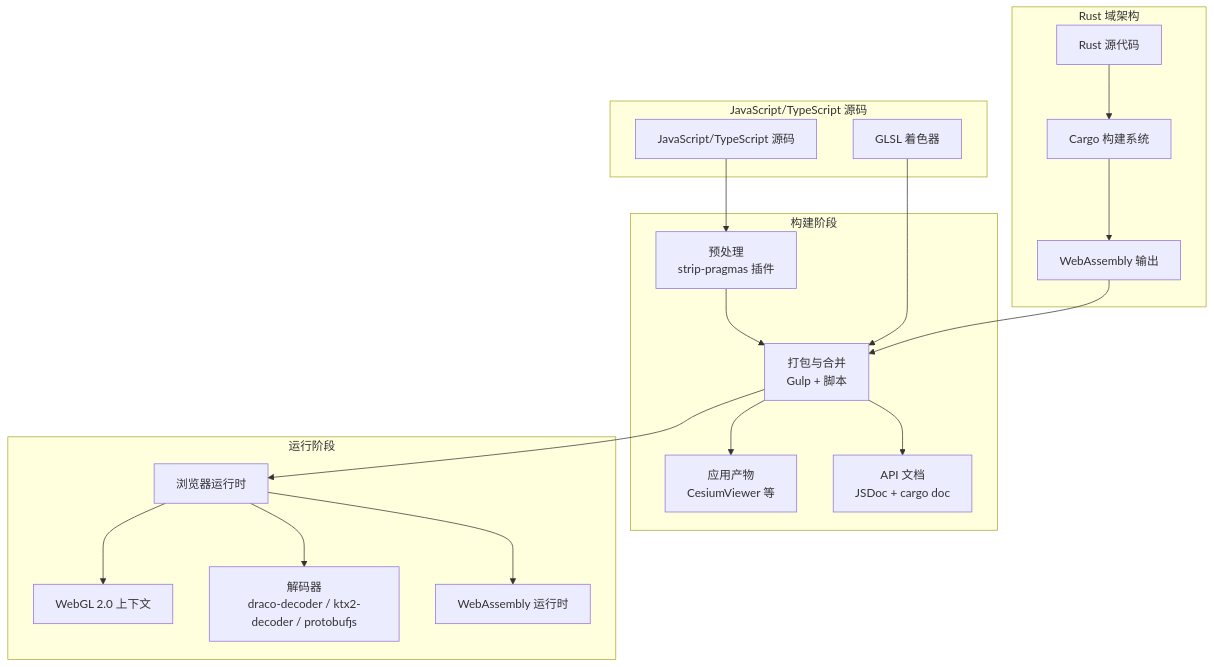
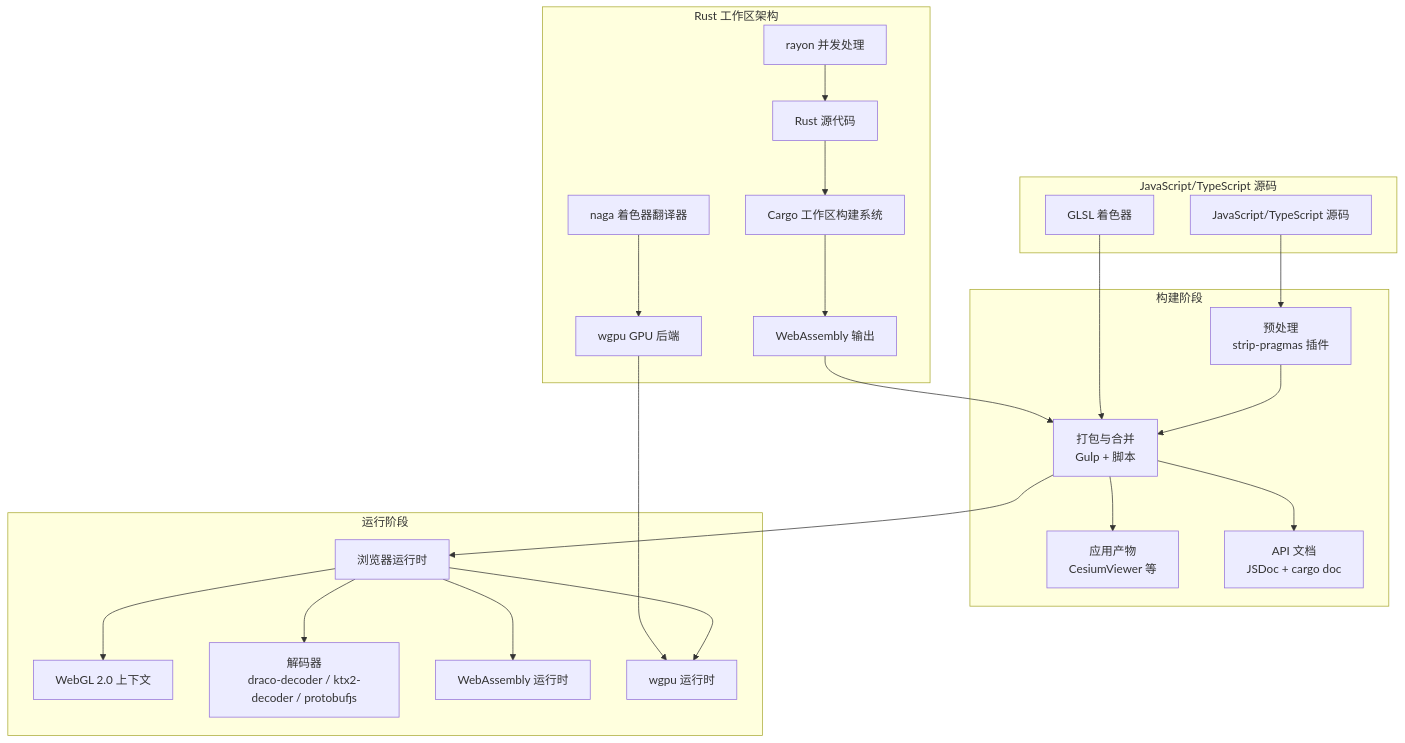
One commit to rzhangjing/cesium changed the third of 10 diagrams in .qoder/repowiki/zh/content/项目概述/技术栈.md. Above: the diagram before and after it, drawn with Mermaid. The commit also changed other lines of this file and 1321 other files, not shown here.

````diff
--- a/.qoder/repowiki/zh/content/项目概述/技术栈.md
+++ b/.qoder/repowiki/zh/content/项目概述/技术栈.md
@@ -280,33 +280,41 @@
 ```mermaid
 graph TB
 subgraph "JavaScript/TypeScript 源码"
 SJS["JavaScript/TypeScript 源码"]
 SHADER["GLSL 着色器"]
 end
-subgraph "Rust 域架构"
+subgraph "Rust 工作区架构"
 RSRC["Rust 源代码"]
-CARGO["Cargo 构建系统"]
+CARGO["Cargo 工作区构建系统"]
 WASM["WebAssembly 输出"]
+WGPU_BACKEND["wgpu GPU 后端"]
+NAGA_TRANSLATOR["naga 着色器翻译器"]
+RAYON_PARALLEL["rayon 并发处理"]
 end
 subgraph "构建阶段"
 PRE["预处理<br/>strip-pragmas 插件"]
 BUILD["打包与合并<br/>Gulp + 脚本"]
 APPS["应用产物<br/>CesiumViewer 等"]
 DOCS["API 文档<br/>JSDoc + cargo doc"]
 end
 subgraph "运行阶段"
 RUNTIME["浏览器运行时"]
 WEBGL["WebGL 2.0 上下文"]
 DECODERS["解码器<br/>draco-decoder / ktx2-decoder / protobufjs"]
 WASM_RUNTIME["WebAssembly 运行时"]
+WGPU_RUNTIME["wgpu 运行时"]
 end
 SJS --> PRE --> BUILD --> APPS
 SHADER --> BUILD
 RSRC --> CARGO --> WASM
 WASM --> BUILD
 BUILD --> RUNTIME
 RUNTIME --> WEBGL
 RUNTIME --> DECODERS
 RUNTIME --> WASM_RUNTIME
+RUNTIME --> WGPU_RUNTIME
+WGPU_BACKEND --> WGPU_RUNTIME
+NAGA_TRANSLATOR --> WGPU_BACKEND
+RAYON_PARALLEL --> RSRC
 BUILD --> DOCS
 ```
````
